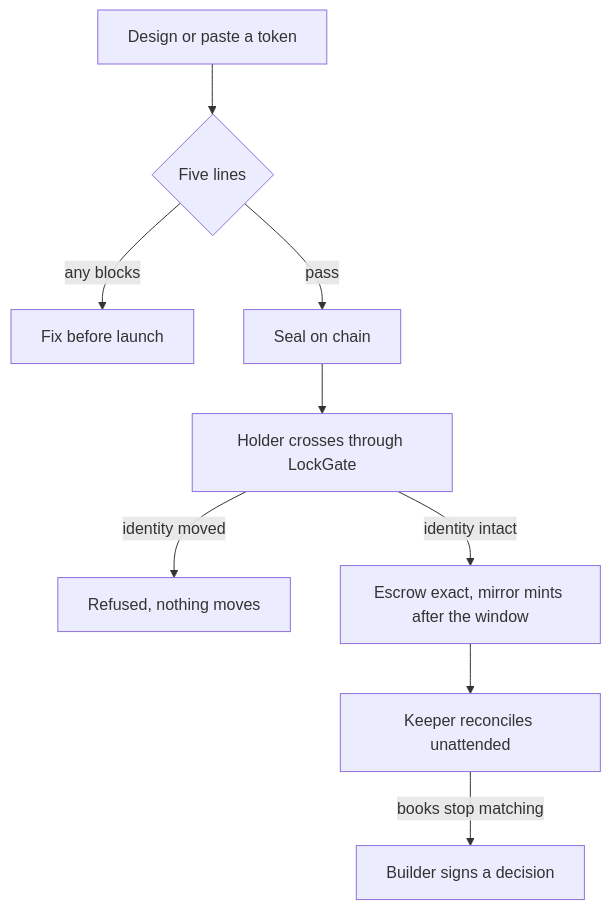
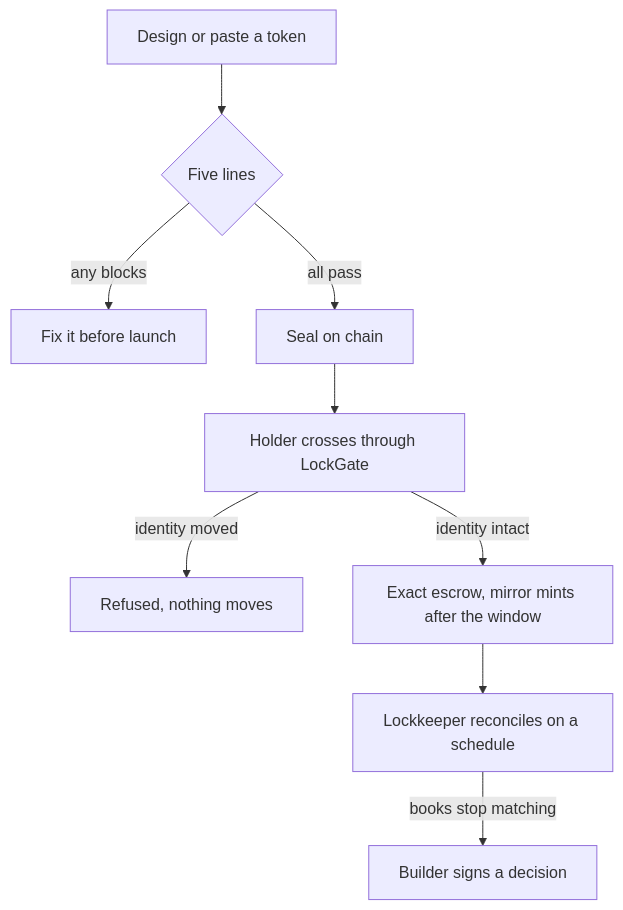
Before and after one commit to 0xkinno/lockage: the second of 2 diagrams in README.md, drawn with Mermaid. The commit also changed other lines of this file and 39 other files, not shown here.

````diff
--- a/README.md
+++ b/README.md
@@ -97,11 +215,11 @@
 ```mermaid
 flowchart TD
   A[Design or paste a token] --> B{Five lines}
-  B -->|any blocks| C[Fix before launch]
-  B -->|pass| D[Seal on chain]
+  B -->|any blocks| C[Fix it before launch]
+  B -->|all pass| D[Seal on chain]
   D --> E[Holder crosses through LockGate]
   E -->|identity moved| F[Refused, nothing moves]
-  E -->|identity intact| G[Escrow exact, mirror mints after the window]
-  G --> H[Keeper reconciles unattended]
+  E -->|identity intact| G[Exact escrow, mirror mints after the window]
+  G --> H[Lockkeeper reconciles on a schedule]
   H -->|books stop matching| I[Builder signs a decision]
 ```
````
